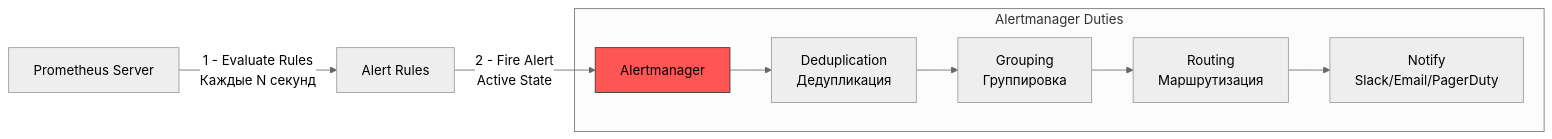
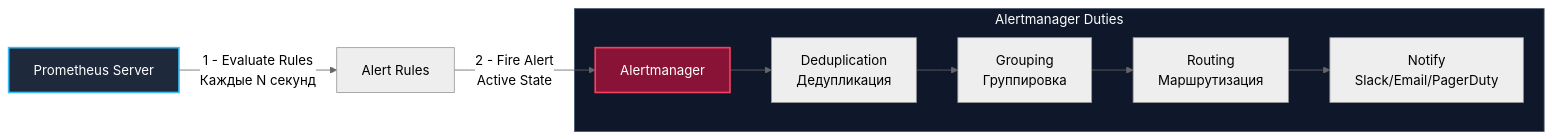
The diagram in sources/18. Observability (Мониторинг и наблюдаемость)/05. Практика/3. Alerting и алерты.md (UnrealTemplier/go-textbook), drawn with Mermaid (neutral theme) before and after one commit. The commit also changed other lines of this file, not shown here.

````diff
--- a/sources/18. Observability (Мониторинг и наблюдаемость)/05. Практика/3. Alerting и алерты.md
+++ b/sources/18. Observability (Мониторинг и наблюдаемость)/05. Практика/3. Alerting и алерты.md
@@ -11,14 +26,16 @@
 ```mermaid
 flowchart LR
     A["Prometheus Server"] -->|"1 - Evaluate Rules<br>Каждые N секунд"| B["Alert Rules"]
     B -->|"2 - Fire Alert<br>Active State"| C["Alertmanager"]
     
     subgraph D ["Alertmanager Duties"]
         C --> E["Deduplication<br>Дедупликация"]
         E --> F["Grouping<br>Группировка"]
         F --> G["Routing<br>Маршрутизация"]
         G --> H["Notify<br>Slack/Email/PagerDuty"]
     end
-    
-    style C fill:#f55,stroke:#333
+
+    style A fill:#1e293b,stroke:#38bdf8,stroke-width:2px,color:#fff
+    style C fill:#881337,stroke:#f43f5e,stroke-width:2px,color:#fff
+    style D fill:#0f172a,stroke:#475569,stroke-width:1px,color:#fff
 ```
````
